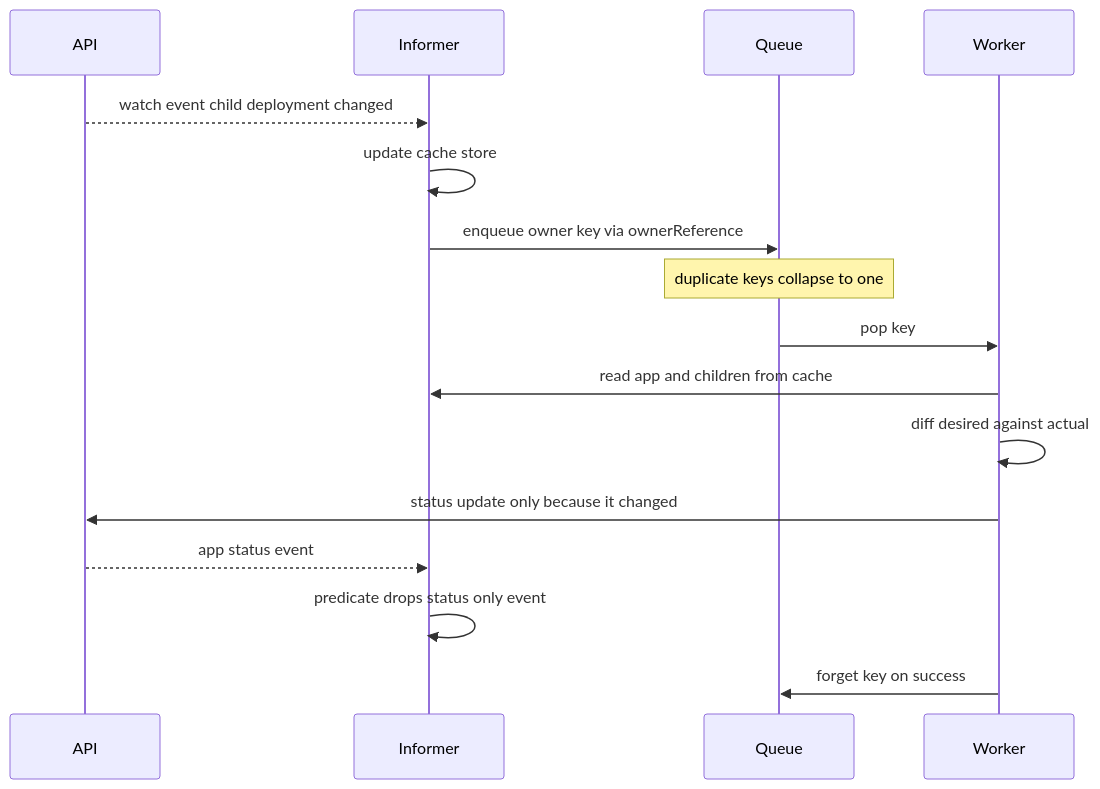
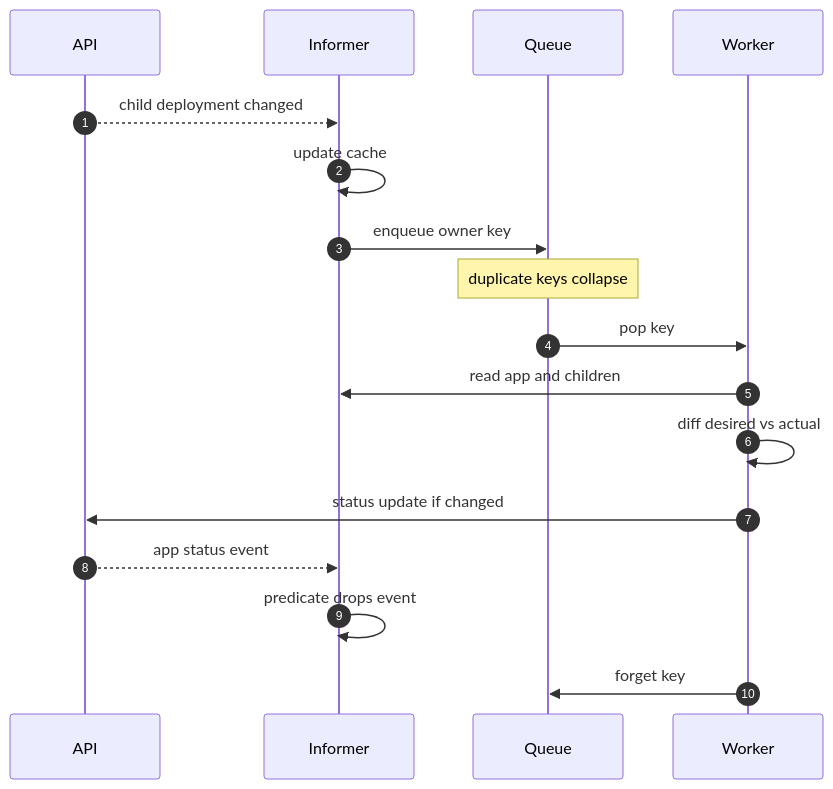
Before and after one commit to sanketsudake/k8s-worksheet: the third of 5 diagrams in chapters/ch06.md, drawn with Mermaid. The commit also changed other lines of this file, not shown here.

First line of the commit message:
ch06: bring diagrams within the print-size gate

````diff
--- a/chapters/ch06.md
+++ b/chapters/ch06.md
@@ -103,18 +117,19 @@
 ```mermaid
 sequenceDiagram
+  autonumber
   participant API
   participant Informer
   participant Queue
   participant Worker
-  API-->>Informer: watch event child deployment changed
-  Informer->>Informer: update cache store
-  Informer->>Queue: enqueue owner key via ownerReference
-  Note over Queue: duplicate keys collapse to one
+  API-->>Informer: child deployment changed
+  Informer->>Informer: update cache
+  Informer->>Queue: enqueue owner key
+  Note over Queue: duplicate keys collapse
   Queue->>Worker: pop key
-  Worker->>Informer: read app and children from cache
-  Worker->>Worker: diff desired against actual
-  Worker->>API: status update only because it changed
+  Worker->>Informer: read app and children
+  Worker->>Worker: diff desired vs actual
+  Worker->>API: status update if changed
   API-->>Informer: app status event
-  Informer->>Informer: predicate drops status only event
-  Worker->>Queue: forget key on success
+  Informer->>Informer: predicate drops event
+  Worker->>Queue: forget key
 ```
````
